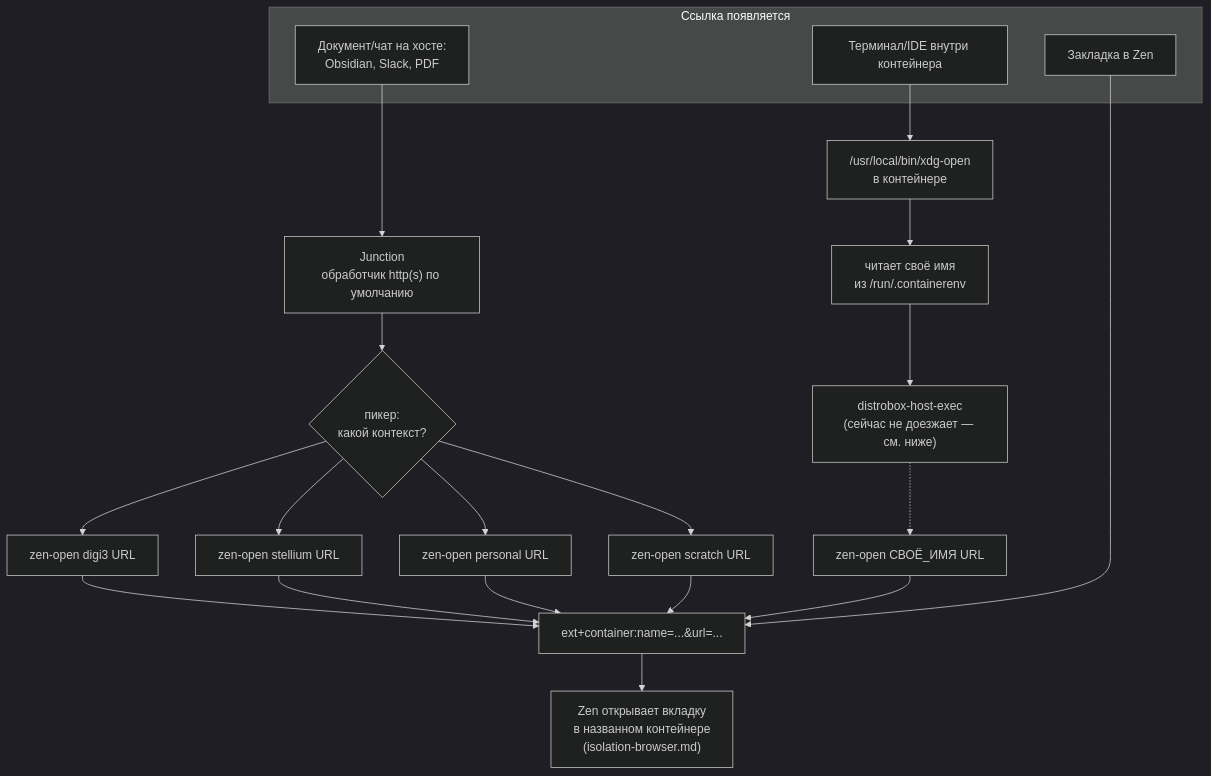
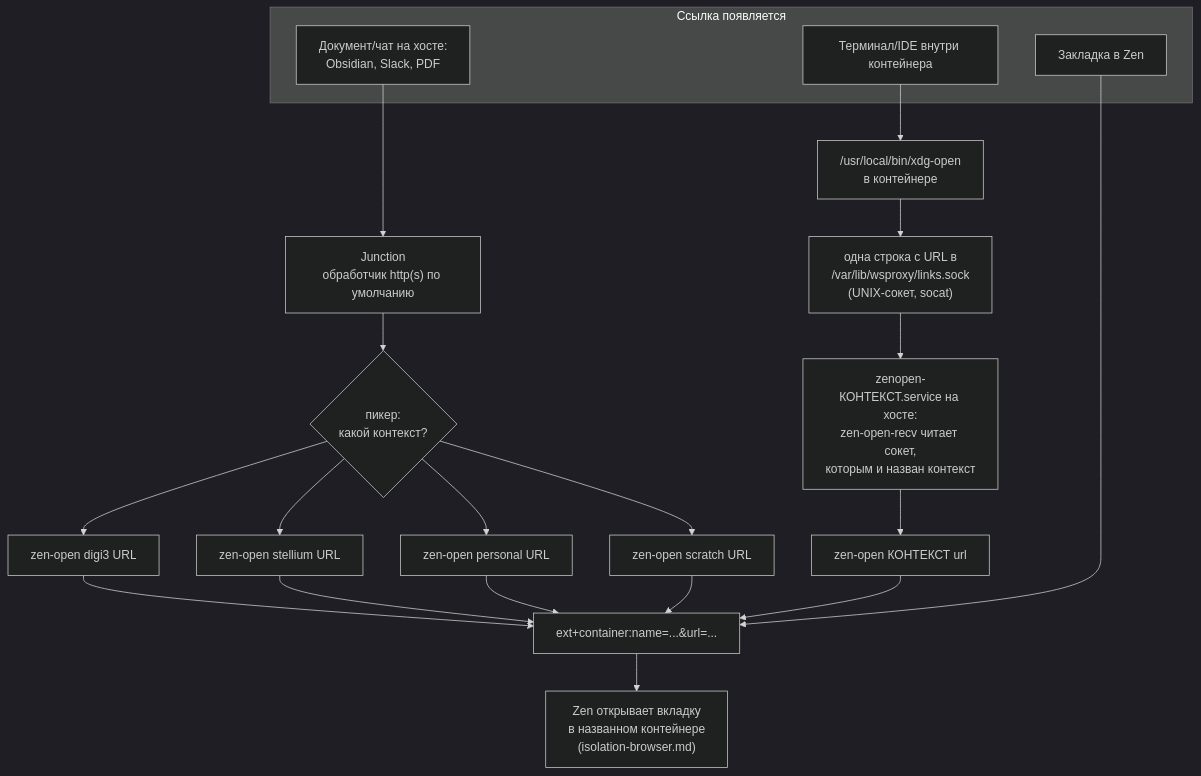
One commit to stpntkhnv/dotfiles changed the diagram in docs/isolation-links.md. Above: the diagram before and after it, drawn with Mermaid (dark theme). The commit also changed other lines of this file and 2 other files, not shown here.

Commit message:
объединить voice-postprocess в voice.md после удаления фичи и заменить distrobox-host-exec на сокет в isolation-links.md

````diff
--- a/docs/isolation-links.md
+++ b/docs/isolation-links.md
@@ -64,29 +64,29 @@
 ```mermaid
 flowchart TD
     subgraph SRC["Ссылка появляется"]
         H["Документ/чат на хосте:<br/>Obsidian, Slack, PDF"]
         T["Терминал/IDE внутри контейнера"]
         BM["Закладка в Zen"]
     end
 
     H --> J["Junction<br/>обработчик http(s) по умолчанию"]
     J --> PICK{"пикер:<br/>какой контекст?"}
     PICK --> ZO1["zen-open digi3 URL"]
     PICK --> ZO2["zen-open stellium URL"]
     PICK --> ZO3["zen-open personal URL"]
     PICK --> ZOS["zen-open scratch URL"]
 
     T --> XO["/usr/local/bin/xdg-open<br/>в контейнере"]
-    XO --> CTX["читает своё имя<br/>из /run/.containerenv"]
-    CTX --> DHE["distrobox-host-exec<br/>(сейчас не доезжает — см. ниже)"]
-    DHE -.-> ZO4["zen-open СВОЁ_ИМЯ URL"]
+    XO --> SOCK["одна строка с URL в<br/>/var/lib/wsproxy/links.sock<br/>(UNIX-сокет, socat)"]
+    SOCK --> RECV["zenopen-КОНТЕКСТ.service на хосте:<br/>zen-open-recv читает сокет,<br/>которым и назван контекст"]
+    RECV --> ZO4["zen-open КОНТЕКСТ url"]
 
     ZO1 --> URI["ext+container:name=...&url=..."]
     ZO2 --> URI
     ZO3 --> URI
     ZOS --> URI
     ZO4 --> URI
     BM --> URI
 
     URI --> ZEN["Zen открывает вкладку<br/>в названном контейнере<br/>(isolation-browser.md)"]
 ```
````
